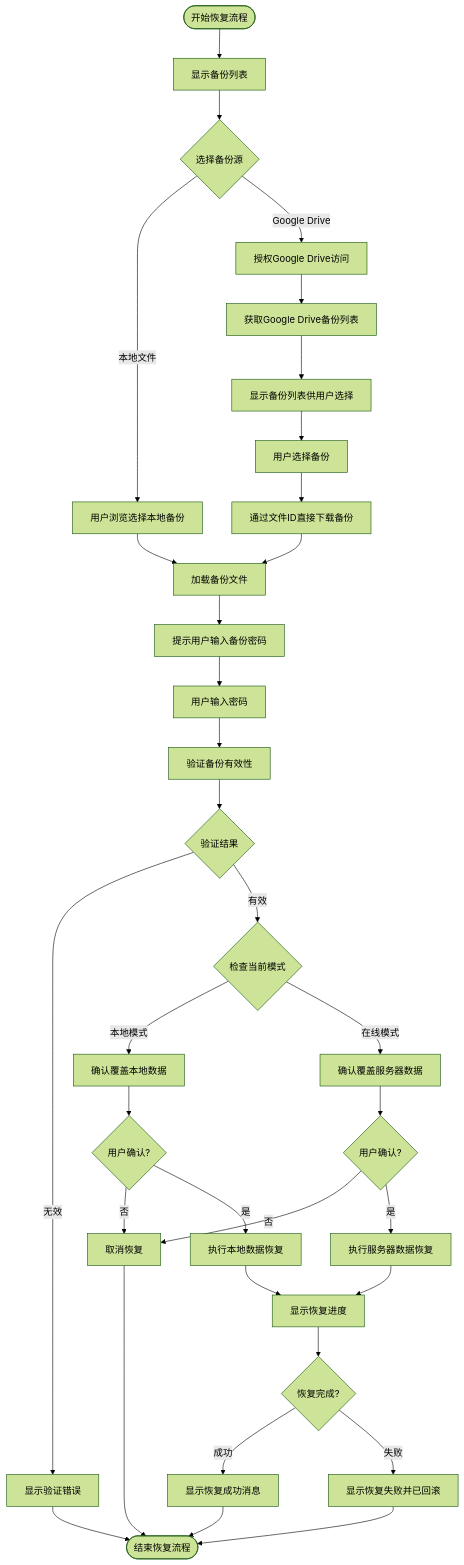
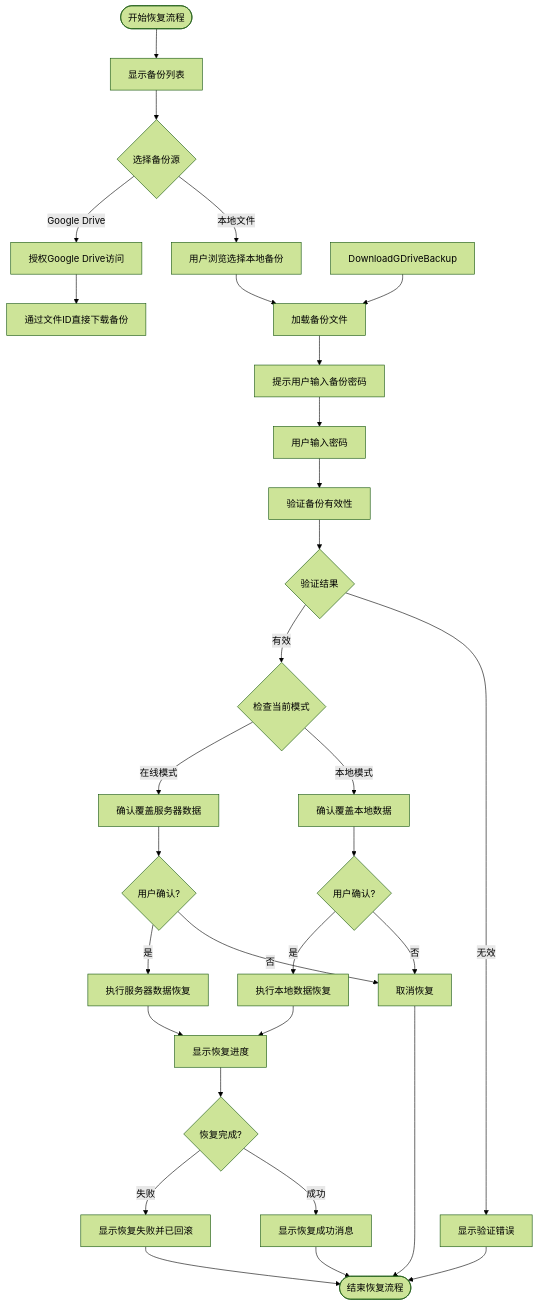
Before and after one commit to yingjianzh/iodraw-files: the diagram in all/未命名-53.md, drawn with Mermaid (forest theme).

Commit message:
2025-05-09 16:25:31 update

````diff
--- a/all/未命名-53.md
+++ b/all/未命名-53.md
@@ -1,47 +1,44 @@
 ```mermaid
 flowchart TD
     Start([开始恢复流程]) --> ShowRestoreDialog[显示备份列表]
     ShowRestoreDialog --> SelectSource{选择备份源}
     
     SelectSource -->|本地文件| BrowseLocalFile[用户浏览选择本地备份]
     SelectSource -->|Google Drive| AuthGDrive[授权Google Drive访问]
     
     BrowseLocalFile --> LoadBackupFile[加载备份文件]
     
-    AuthGDrive --> FetchBackupList[获取Google Drive备份列表]
-    FetchBackupList --> DisplayBackupsList[显示备份列表供用户选择]
-    DisplayBackupsList --> UserSelectsBackup[用户选择备份]
-    UserSelectsBackup --> DownloadGDriveBackup[通过文件ID直接下载备份]
+    AuthGDrive --> FDownloadGDriveBackup[通过文件ID直接下载备份]
     DownloadGDriveBackup --> LoadBackupFile
     
     LoadBackupFile --> PromptPassword[提示用户输入备份密码]
     PromptPassword --> UserEntersPassword[用户输入密码]
     UserEntersPassword --> ValidateBackup[验证备份有效性]
     
     ValidateBackup --> ValidationResult{验证结果}
     ValidationResult -->|无效| ShowValidationError[显示验证错误]
     ValidationResult -->|有效| CheckCurrentMode{检查当前模式}
     
     CheckCurrentMode -->|本地模式| ConfirmLocalRestore[确认覆盖本地数据]
     CheckCurrentMode -->|在线模式| ConfirmServerRestore[确认覆盖服务器数据]
     
     ConfirmLocalRestore --> UserConfirm1{用户确认?}
     UserConfirm1 -->|否| CancelRestore[取消恢复]
     UserConfirm1 -->|是| ExecuteLocalRestore[执行本地数据恢复]
     
     ConfirmServerRestore --> UserConfirm2{用户确认?}
     UserConfirm2 -->|否| CancelRestore
     UserConfirm2 -->|是| ExecuteServerRestore[执行服务器数据恢复]
     
     ExecuteLocalRestore --> ShowProgress[显示恢复进度]
     ExecuteServerRestore --> ShowProgress
     
     ShowProgress --> RestoreComplete{恢复完成?}
     RestoreComplete -->|成功| ShowSuccess[显示恢复成功消息]
     RestoreComplete -->|失败| ShowFailure[显示恢复失败并已回滚]
     
     ShowSuccess --> End([结束恢复流程])
     ShowFailure --> End
     ShowValidationError --> End
     CancelRestore --> End
 ```
````
